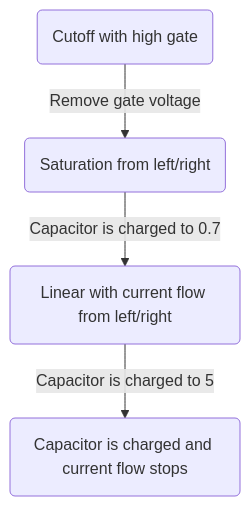
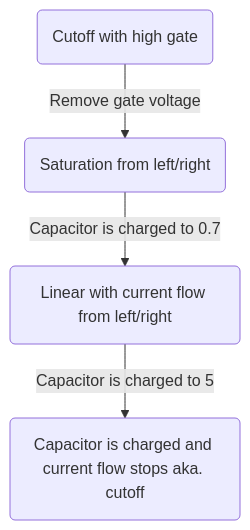
The fourth of 4 diagrams in 2 - Graduate/1 - Year 1/Fall 2026/3 - Intro to VLSI/1 - Fundamentals/Lecture 3 - CMOS Transistors.md (0x9ONU/Obsidian-Notes), drawn with Mermaid before and after one commit. The commit also changed other lines of this file and 6 other files, not shown here.

````diff
--- a/2 - Graduate/1 - Year 1/Fall 2026/3 - Intro to VLSI/1 - Fundamentals/Lecture 3 - CMOS Transistors.md
+++ b/2 - Graduate/1 - Year 1/Fall 2026/3 - Intro to VLSI/1 - Fundamentals/Lecture 3 - CMOS Transistors.md
@@ -299,5 +299,5 @@
 ```mermaid
 flowchart TD
 
-A(Cutoff with high gate)--Remove gate voltage-->B(Saturation from left/right)--Capacitor is charged to 0.7-->C(Linear with current flow from left/right)--Capacitor is charged to 5-->D(Capacitor is charged and current flow stops)
+A(Cutoff with high gate)--Remove gate voltage-->B(Saturation from left/right)--Capacitor is charged to 0.7-->C(Linear with current flow from left/right)--Capacitor is charged to 5-->D(Capacitor is charged and current flow stops aka. cutoff)
 ```
````
